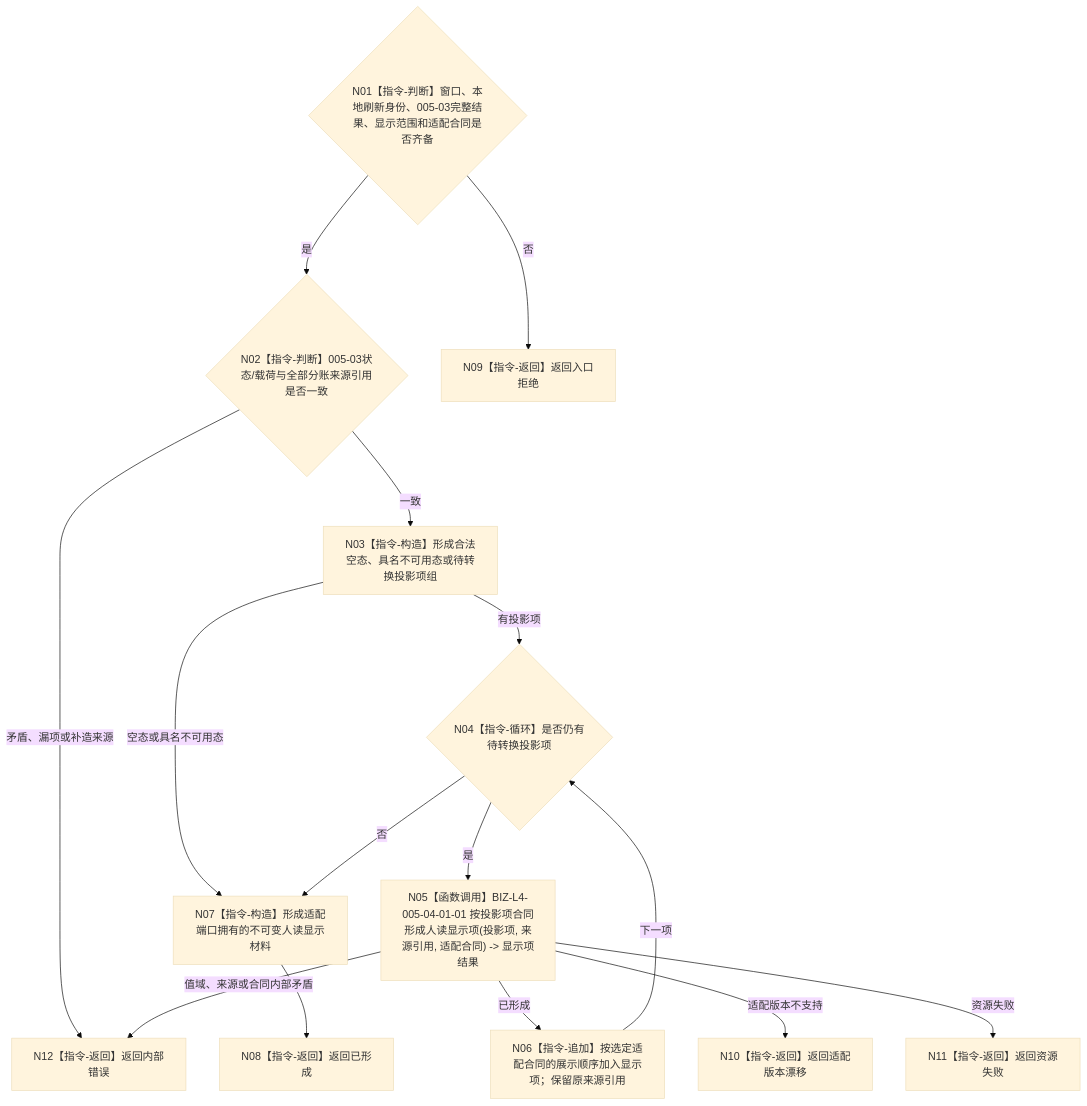
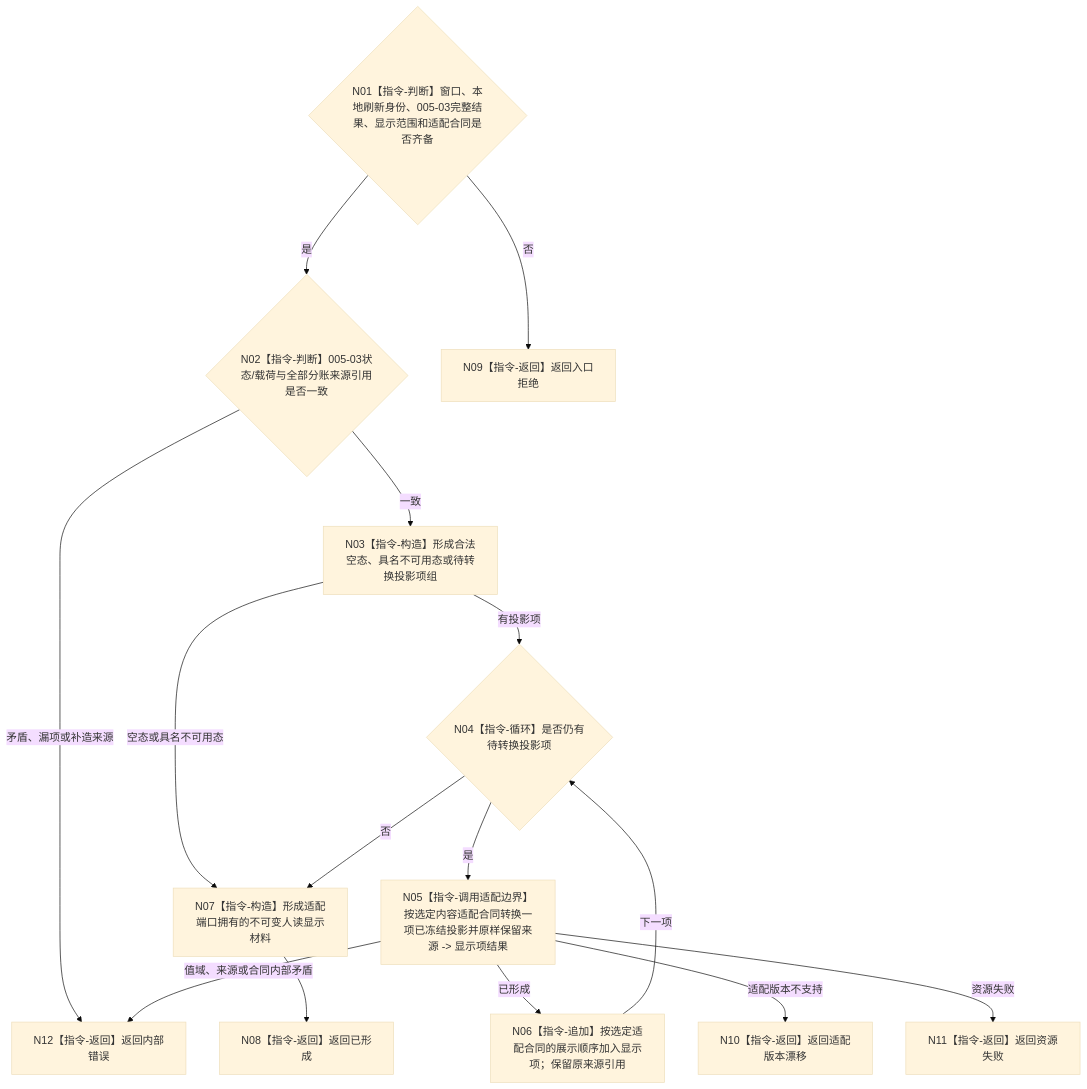
One commit to chunhaizh-cyber/HY-Ego changed the diagram in 流程图/目标业务流程图/L3/BIZ-L3-005-04-01_形成控制面板人读显示材料_目标函数流程图_v0.2.md. Above: the diagram before and after it, drawn with Mermaid (base theme). The commit also changed other lines of this file and 29 other files, not shown here.

Commit message:
校正 BIZ-L2-005 控制面板流程图

````diff
--- a/流程图/目标业务流程图/L3/BIZ-L3-005-04-01_形成控制面板人读显示材料_目标函数流程图_v0.2.md
+++ b/流程图/目标业务流程图/L3/BIZ-L3-005-04-01_形成控制面板人读显示材料_目标函数流程图_v0.2.md
@@ -35,28 +35,28 @@
 ```mermaid
 flowchart TD
     N01{"N01【指令-判断】窗口、本地刷新身份、005-03完整结果、显示范围和适配合同是否齐备"}
     N02{"N02【指令-判断】005-03状态/载荷与全部分账来源引用是否一致"}
     N03["N03【指令-构造】形成合法空态、具名不可用态或待转换投影项组"]
     N04{"N04【指令-循环】是否仍有待转换投影项"}
-    N05["N05【函数调用】BIZ-L4-005-04-01-01 按投影项合同形成人读显示项(投影项, 来源引用, 适配合同) -> 显示项结果"]
+    N05["N05【指令-调用适配边界】按选定内容适配合同转换一项已冻结投影并原样保留来源 -> 显示项结果"]
     N06["N06【指令-追加】按选定适配合同的展示顺序加入显示项；保留原来源引用"]
     N07["N07【指令-构造】形成适配端口拥有的不可变人读显示材料"]
     N08["N08【指令-返回】返回已形成"]
     N09["N09【指令-返回】返回入口拒绝"]
     N10["N10【指令-返回】返回适配版本漂移"]
     N11["N11【指令-返回】返回资源失败"]
     N12["N12【指令-返回】返回内部错误"]
 
     N01 -->|否| N09
     N01 -->|是| N02
     N02 -->|矛盾、漏项或补造来源| N12
     N02 -->|一致| N03
     N03 -->|空态或具名不可用态| N07
     N03 -->|有投影项| N04
     N04 -->|是| N05
     N05 -->|已形成| N06 -->|下一项| N04
     N05 -->|适配版本不支持| N10
     N05 -->|资源失败| N11
     N05 -->|值域、来源或合同内部矛盾| N12
     N04 -->|否| N07 --> N08
 ```
````
